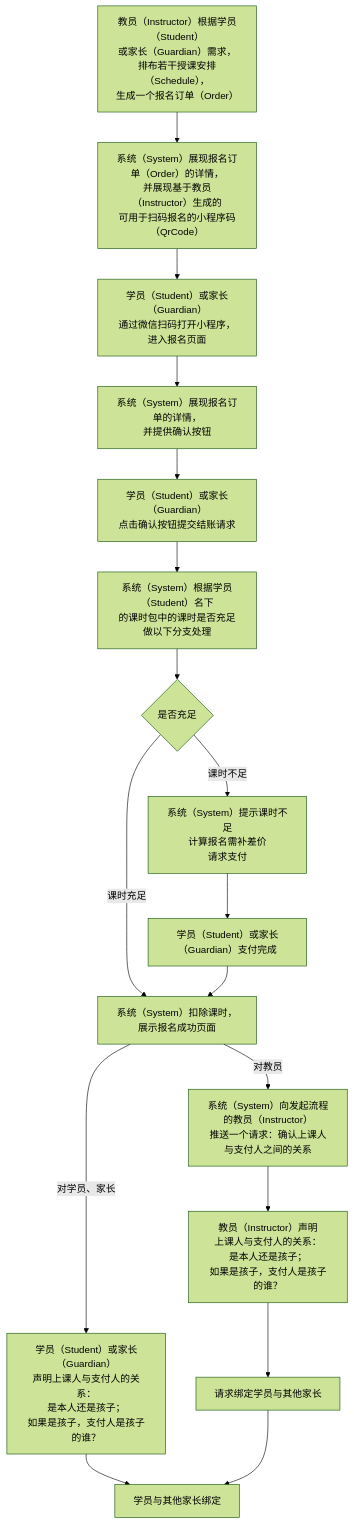
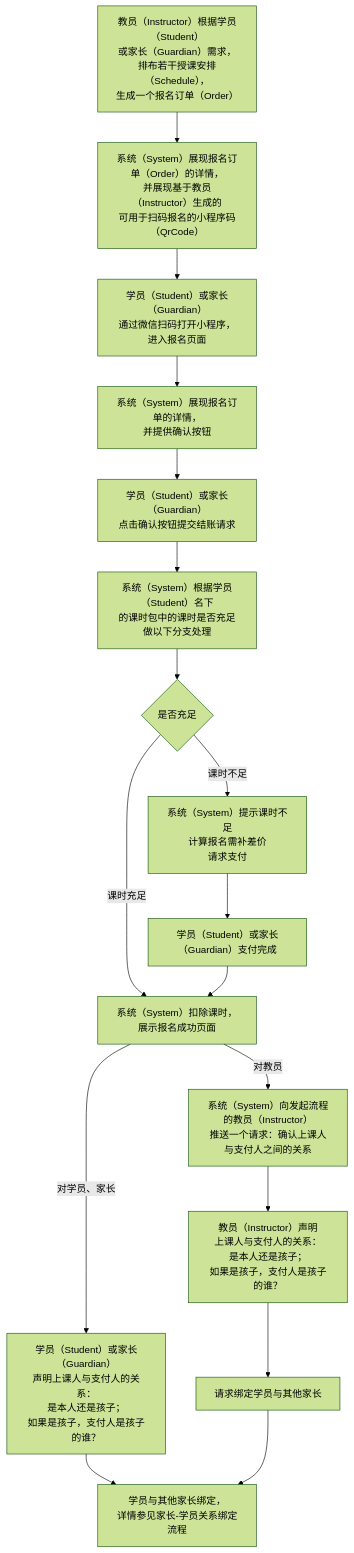
The diagram in 用例/报名.md (world-wide-web/sign), drawn with Mermaid (forest theme) before and after one commit. The commit also changed other lines of this file, not shown here.

````diff
--- a/用例/报名.md
+++ b/用例/报名.md
@@ -8,50 +8,50 @@
 ```mermaid
 graph TD
 
 生成报名订单-->生成报名码
 生成报名码-->扫码报名
 扫码报名-->展现报名订单
 展现报名订单-->确认并提交结账请求
 确认并提交结账请求-->检查课时数量
 检查课时数量-->判断课时数量
 判断课时数量--课时充足-->扣课并提示报名成功
 判断课时数量--课时不足-->请求支付
 请求支付-->支付完成
 支付完成-->扣课并提示报名成功
 扣课并提示报名成功--对教员-->请求身份声明
 扣课并提示报名成功--"对学员、家长"-->支付人身份声明
 请求身份声明-->教员代理身份声明
 教员代理身份声明-->请求绑定学员与其他家长
 支付人身份声明-->学员与其他家长绑定
 请求绑定学员与其他家长-->学员与其他家长绑定
 
 生成报名订单["<center>教员（Instructor）根据学员（Student）<br>或家长（Guardian）需求，<br>排布若干授课安排（Schedule），<br>生成一个报名订单（Order）</center>"]
 
 生成报名码["<center>系统（System）展现报名订单（Order）的详情，<br>并展现基于教员（Instructor）生成的<br>可用于扫码报名的小程序码（QrCode）</center>"]
 
 扫码报名["<center>学员（Student）或家长（Guardian）<br>通过微信扫码打开小程序，进入报名页面</center>"]
 
 展现报名订单["<center>系统（System）展现报名订单的详情，<br>并提供确认按钮</center>"]
 
 确认并提交结账请求["<center>学员（Student）或家长（Guardian）<br>点击确认按钮提交结账请求</center>"]
 
 检查课时数量["<center>系统（System）根据学员（Student）名下<br>的课时包中的课时是否充足做以下分支处理</center>"]
 
 判断课时数量{"<center>是否充足</center>"}
 
 请求支付["<center>系统（System）提示课时不足<br>计算报名需补差价<br>请求支付</center>"]
 
 支付完成["<center>学员（Student）或家长（Guardian）支付完成</center>"]
 
 扣课并提示报名成功["<center>系统（System）扣除课时，展示报名成功页面</center>"]
 
 请求身份声明["<center>系统（System）向发起流程的教员（Instructor）<br>推送一个请求：确认上课人与支付人之间的关系</center>"]
 
 支付人身份声明["<center>学员（Student）或家长（Guardian）<br>声明上课人与支付人的关系：<br>是本人还是孩子；<br>如果是孩子，支付人是孩子的谁？</center>"]
 
 教员代理身份声明["<center>教员（Instructor）声明<br>上课人与支付人的关系：<br>是本人还是孩子；<br>如果是孩子，支付人是孩子的谁？</center>"]
 
 请求绑定学员与其他家长
 
-学员与其他家长绑定
+学员与其他家长绑定["<center>学员与其他家长绑定，<br>详情参见家长-学员关系绑定流程</center>"]
 ```
````
